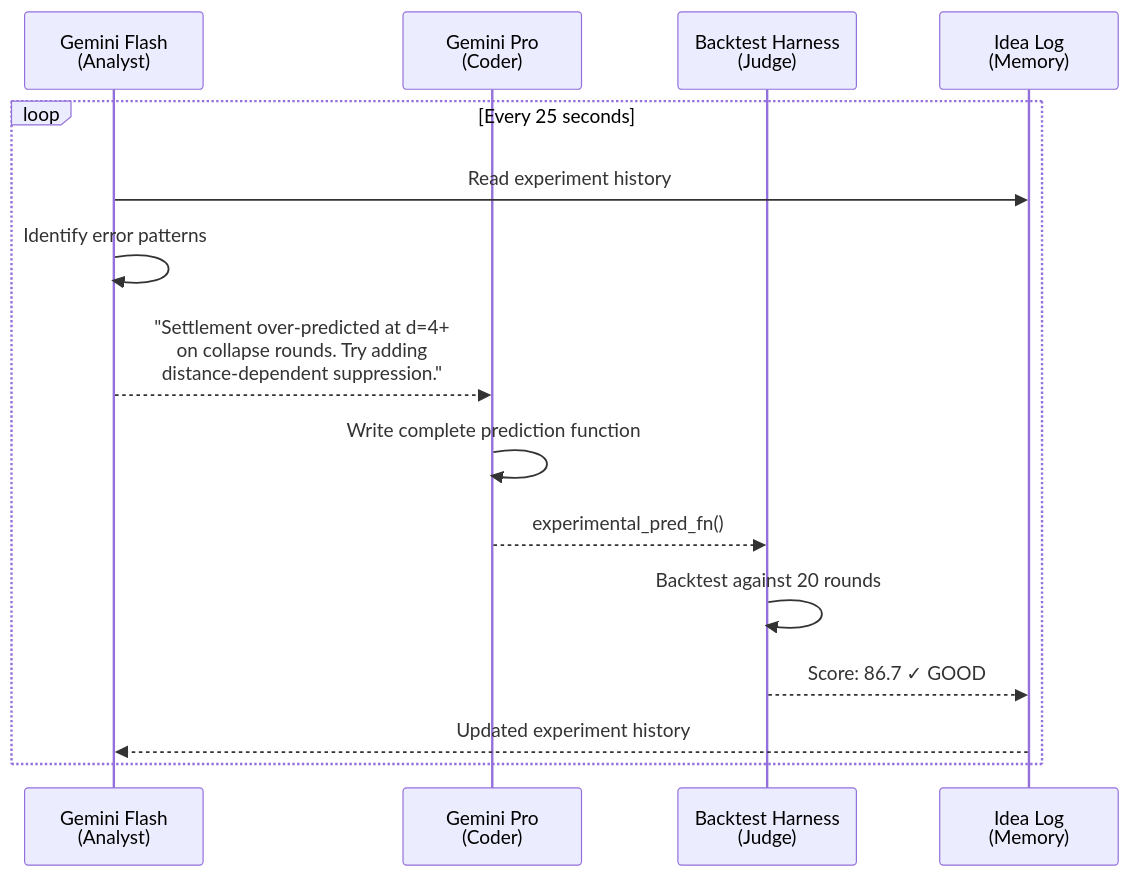
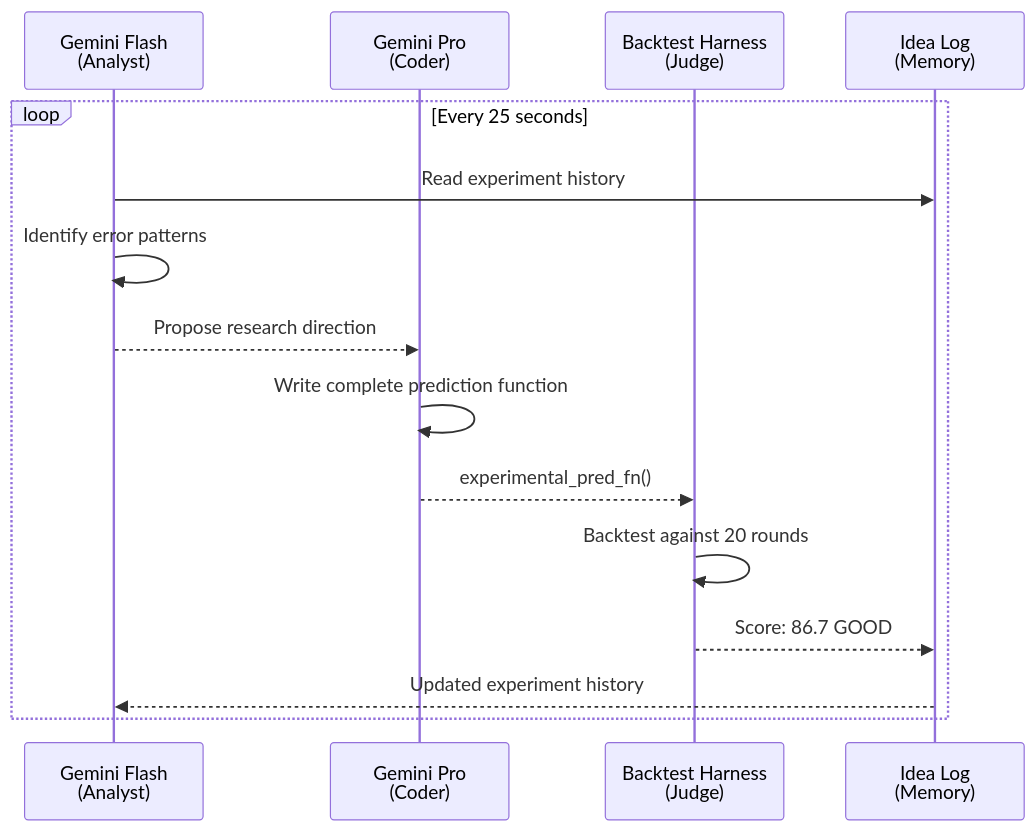
One commit to dagthomas/Synthetic_Synapses_NMIAI changed the fourth of 11 diagrams in dagthomas/astar-island-solution/AUTO_RESEARCH.md. Above: the diagram before and after it, drawn with Mermaid. The commit also changed other lines of this file and 2 other files, not shown here.

````diff
--- a/dagthomas/astar-island-solution/AUTO_RESEARCH.md
+++ b/dagthomas/astar-island-solution/AUTO_RESEARCH.md
@@ -137,21 +130,21 @@
 ```mermaid
 sequenceDiagram
     participant F as Gemini Flash<br/>(Analyst)
     participant P as Gemini Pro<br/>(Coder)
     participant H as Backtest Harness<br/>(Judge)
     participant L as Idea Log<br/>(Memory)
 
     loop Every 25 seconds
         F->>L: Read experiment history
         F->>F: Identify error patterns
-        F-->>P: "Settlement over-predicted at d=4+<br/>on collapse rounds. Try adding<br/>distance-dependent suppression."
+        F-->>P: Propose research direction
 
         P->>P: Write complete prediction function
         P-->>H: experimental_pred_fn()
 
         H->>H: Backtest against 20 rounds
-        H-->>L: Score: 86.7 ✓ GOOD
+        H-->>L: Score: 86.7 GOOD
 
         L-->>F: Updated experiment history
     end
 ```
````
